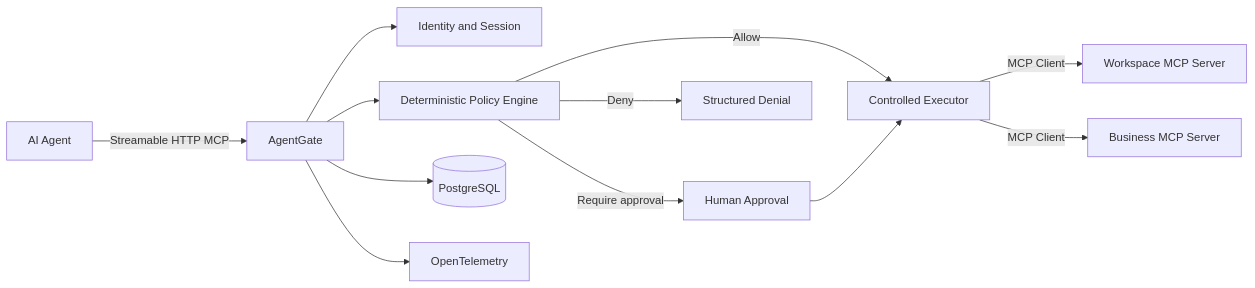
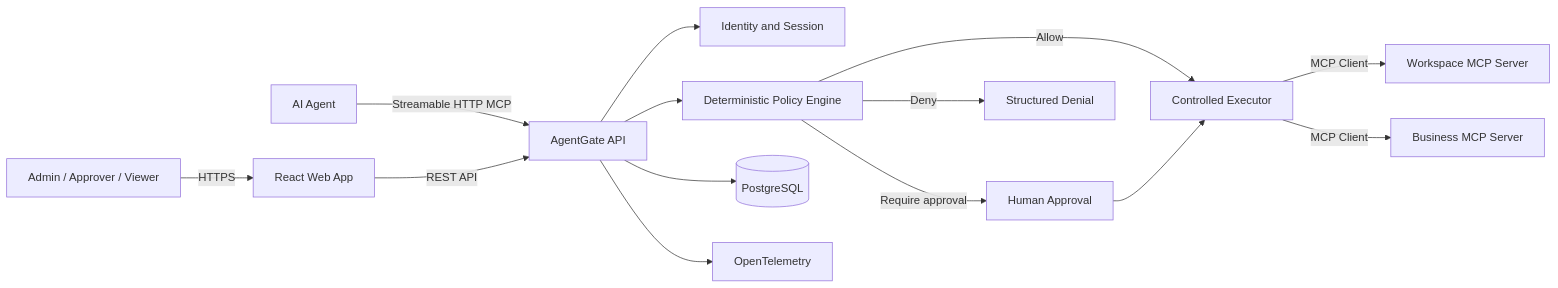
Before and after one commit to Aseel-Sh/AgentGate-MCP: the diagram in README.md, drawn with Mermaid. The commit also changed other lines of this file, not shown here.

Commit message:
docs: replace Razor Pages with React frontend

````diff
--- a/README.md
+++ b/README.md
@@ -42,14 +42,16 @@
 ```mermaid
 flowchart LR
-    A[AI Agent] -->|Streamable HTTP MCP| G[AgentGate]
+    A[AI Agent] -->|Streamable HTTP MCP| G[AgentGate API]
+    U[Admin / Approver / Viewer] -->|HTTPS| R[React Web App]
+    R -->|REST API| G
     G --> I[Identity and Session]
     G --> P[Deterministic Policy Engine]
     P -->|Allow| E[Controlled Executor]
     P -->|Require approval| H[Human Approval]
     P -->|Deny| D[Structured Denial]
     H --> E
     E -->|MCP Client| S1[Workspace MCP Server]
     E -->|MCP Client| S2[Business MCP Server]
     G --> DB[(PostgreSQL)]
     G --> O[OpenTelemetry]
 ```
````
